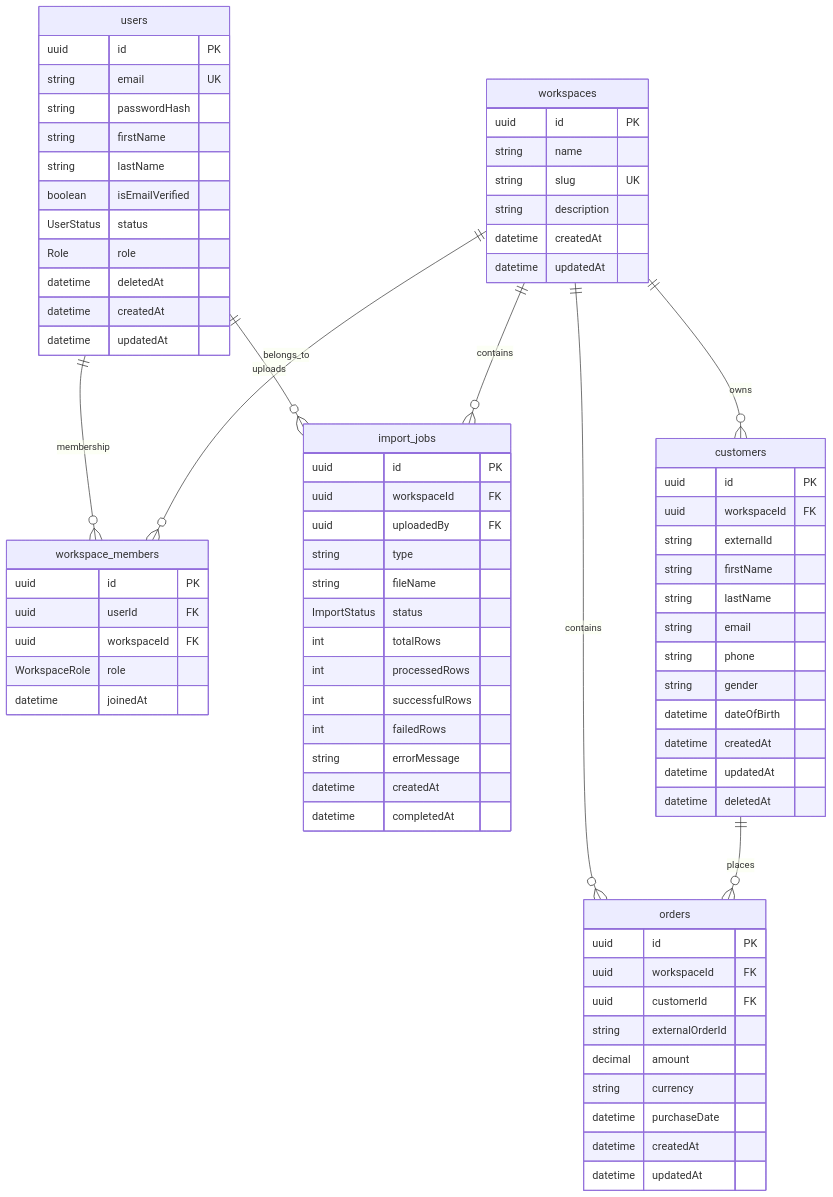
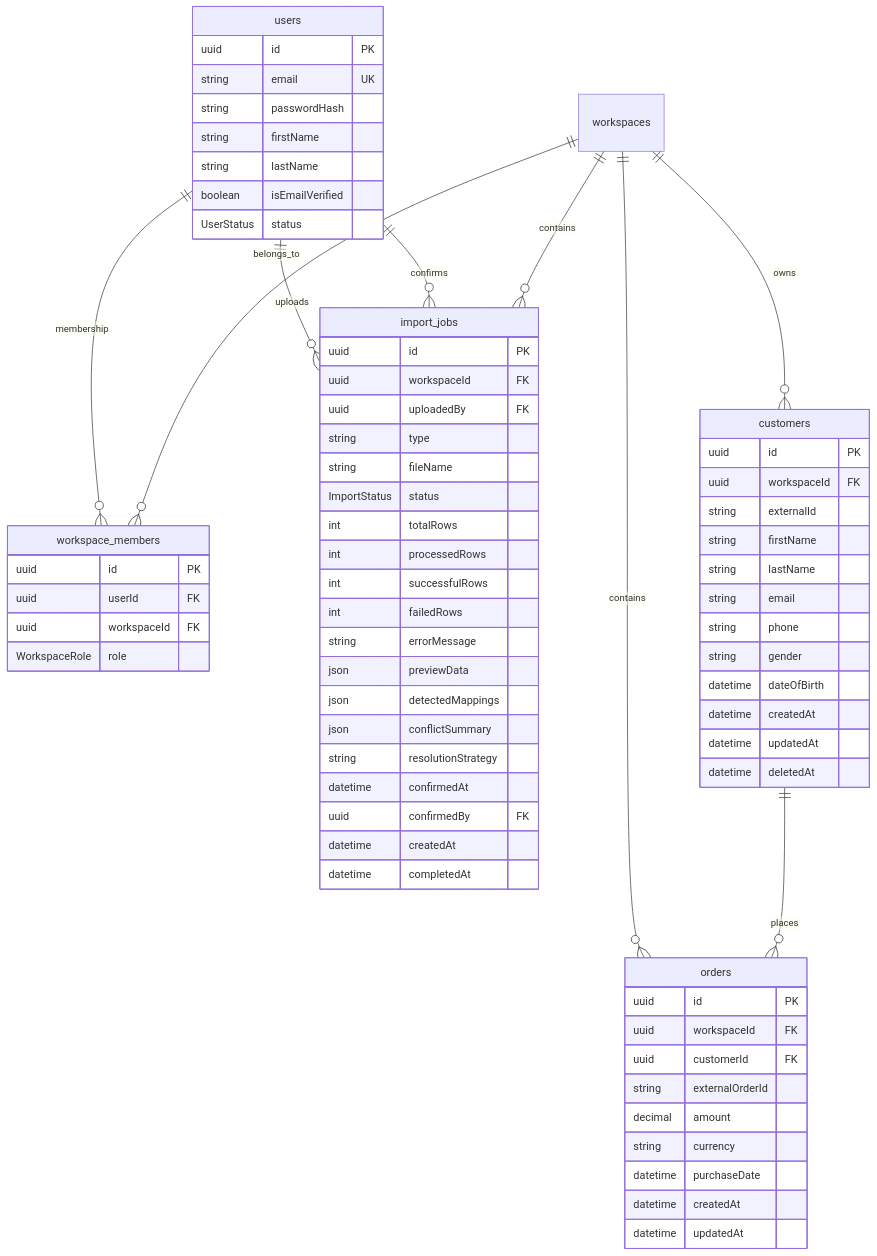
The second of 3 diagrams in doc/architecture.md (MVPAlok/Backend-Project-XENO), drawn with Mermaid before and after one commit. The commit also changed other lines of this file and 33 other files, not shown here.

Commit message:
Implement AI-assisted single-export CSV ingestion with preview and conflict resolution

````diff
--- a/doc/architecture.md
+++ b/doc/architecture.md
@@ -83,79 +100,77 @@
 ```mermaid
 erDiagram
     users ||--o{ workspace_members : membership
     users ||--o{ import_jobs : uploads
+    users ||--o{ import_jobs : confirms
     workspaces ||--o{ workspace_members : belongs_to
     workspaces ||--o{ import_jobs : contains
     workspaces ||--o{ customers : owns
     workspaces ||--o{ orders : contains
     customers ||--o{ orders : places
 
     users {
         uuid id PK
         string email UK
         string passwordHash
         string firstName
         string lastName
         boolean isEmailVerified
         UserStatus status
-        Role role
-        datetime deletedAt
-        datetime createdAt
-        datetime updatedAt
     }
-    workspaces {
-        uuid id PK
-        string name
-        string slug UK
-        string description
-        datetime createdAt
-        datetime updatedAt
-    }
+
     workspace_members {
         uuid id PK
         uuid userId FK
         uuid workspaceId FK
         WorkspaceRole role
-        datetime joinedAt
     }
+
     import_jobs {
         uuid id PK
         uuid workspaceId FK
         uuid uploadedBy FK
         string type
         string fileName
         ImportStatus status
         int totalRows
         int processedRows
         int successfulRows
         int failedRows
         string errorMessage
+        json previewData
+        json detectedMappings
+        json conflictSummary
+        string resolutionStrategy
+        datetime confirmedAt
+        uuid confirmedBy FK
         datetime createdAt
         datetime completedAt
     }
+
     customers {
         uuid id PK
         uuid workspaceId FK
         string externalId
         string firstName
         string lastName
         string email
         string phone
         string gender
         datetime dateOfBirth
         datetime createdAt
         datetime updatedAt
         datetime deletedAt
     }
+
     orders {
         uuid id PK
         uuid workspaceId FK
         uuid customerId FK
         string externalOrderId
         decimal amount
         string currency
         datetime purchaseDate
         datetime createdAt
         datetime updatedAt
     }
 ```
````
